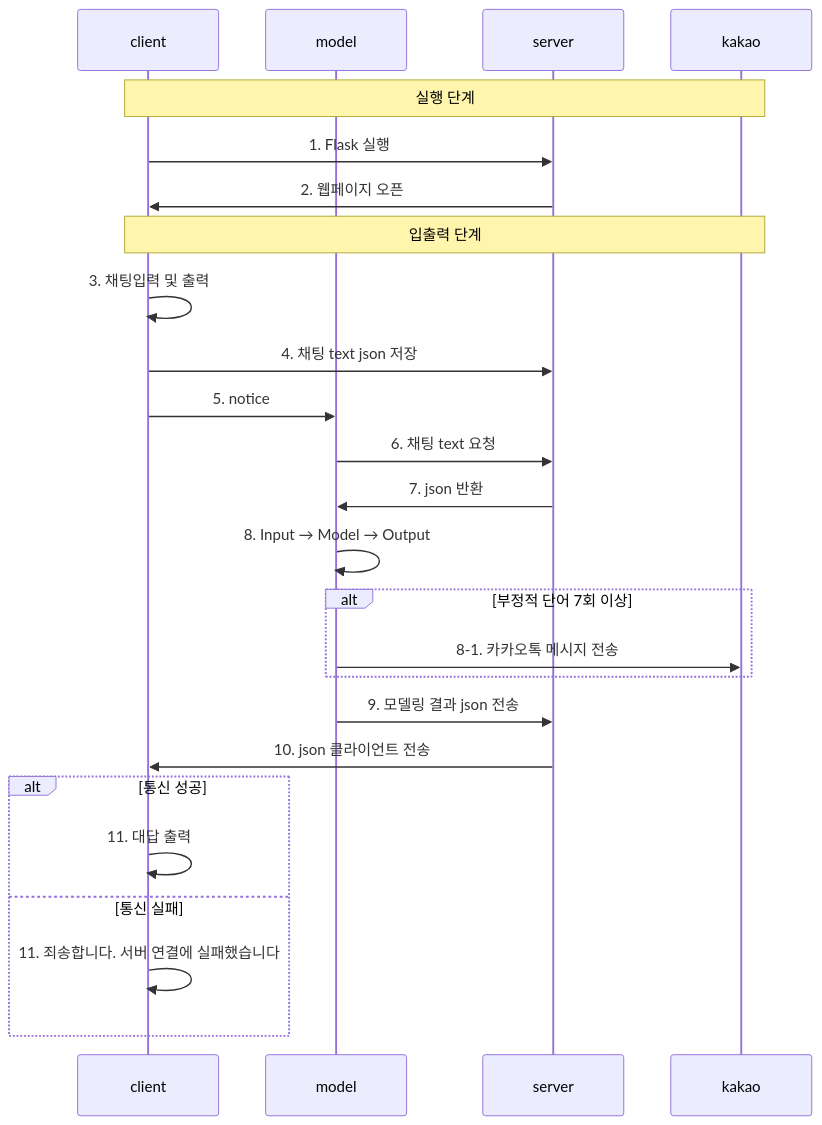
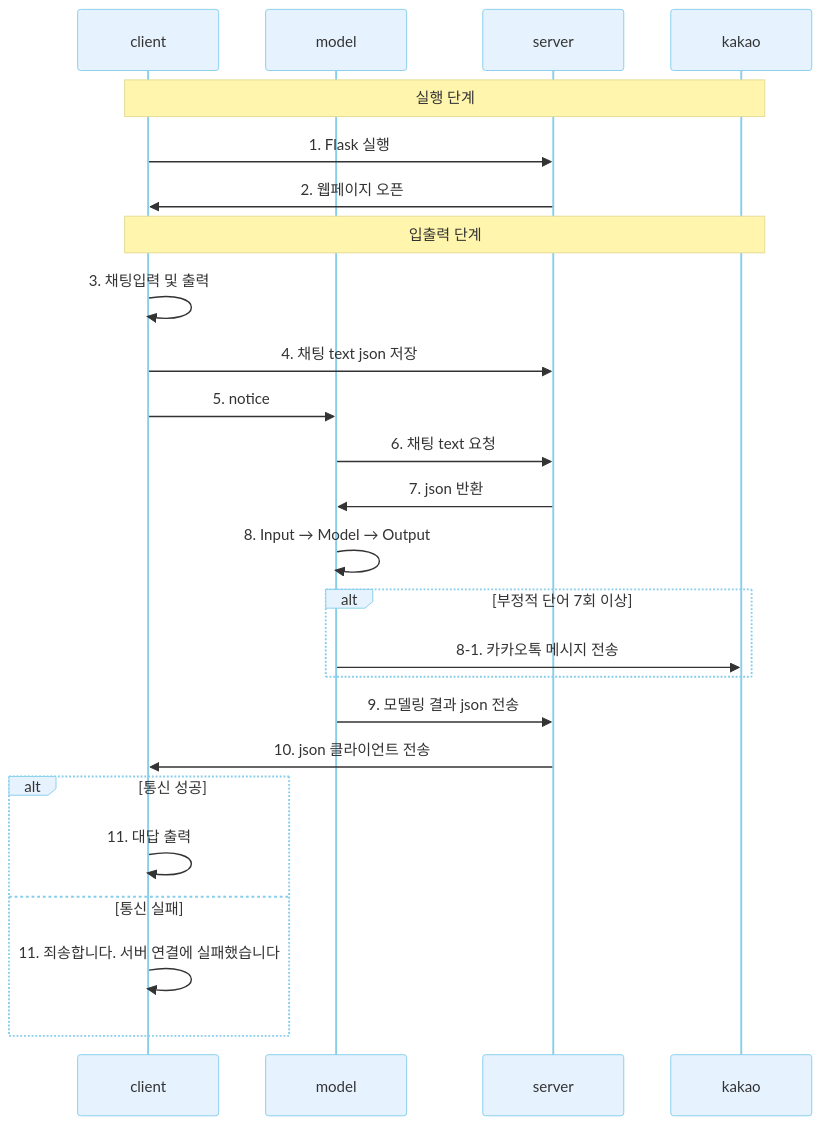
One commit to futurelee2/Chatbot-Yolov5 changed the diagram in README2.md. Above: the diagram before and after it, drawn with Mermaid.

````diff
--- a/README2.md
+++ b/README2.md
@@ -1,33 +1,34 @@
 ```mermaid
 sequenceDiagram
+    %%{init: {'theme':'base', 'themeVariables': { 'primaryColor': '#e6f3ff', 'primaryTextColor': '#333', 'primaryBorderColor': '#87ceeb', 'lineColor': '#333'}}}%%
     participant C as client
     participant M as model
     participant S as server
     participant K as kakao
     
     Note over C,K: 실행 단계
     C->>S: 1. Flask 실행
     S->>C: 2. 웹페이지 오픈
     
     Note over C,K: 입출력 단계
     C->>C: 3. 채팅입력 및 출력
     C->>S: 4. 채팅 text json 저장
     
     C->>M: 5. notice
     M->>S: 6. 채팅 text 요청
     S->>M: 7. json 반환
     M->>M: 8. Input → Model → Output
     
     alt 부정적 단어 7회 이상
         M->>K: 8-1. 카카오톡 메시지 전송
     end
     
     M->>S: 9. 모델링 결과 json 전송
     S->>C: 10. json 클라이언트 전송
     
     alt 통신 성공
         C->>C: 11. 대답 출력
     else 통신 실패
         C->>C: 11. 죄송합니다. 서버 연결에 실패했습니다
     end
 ```
````
